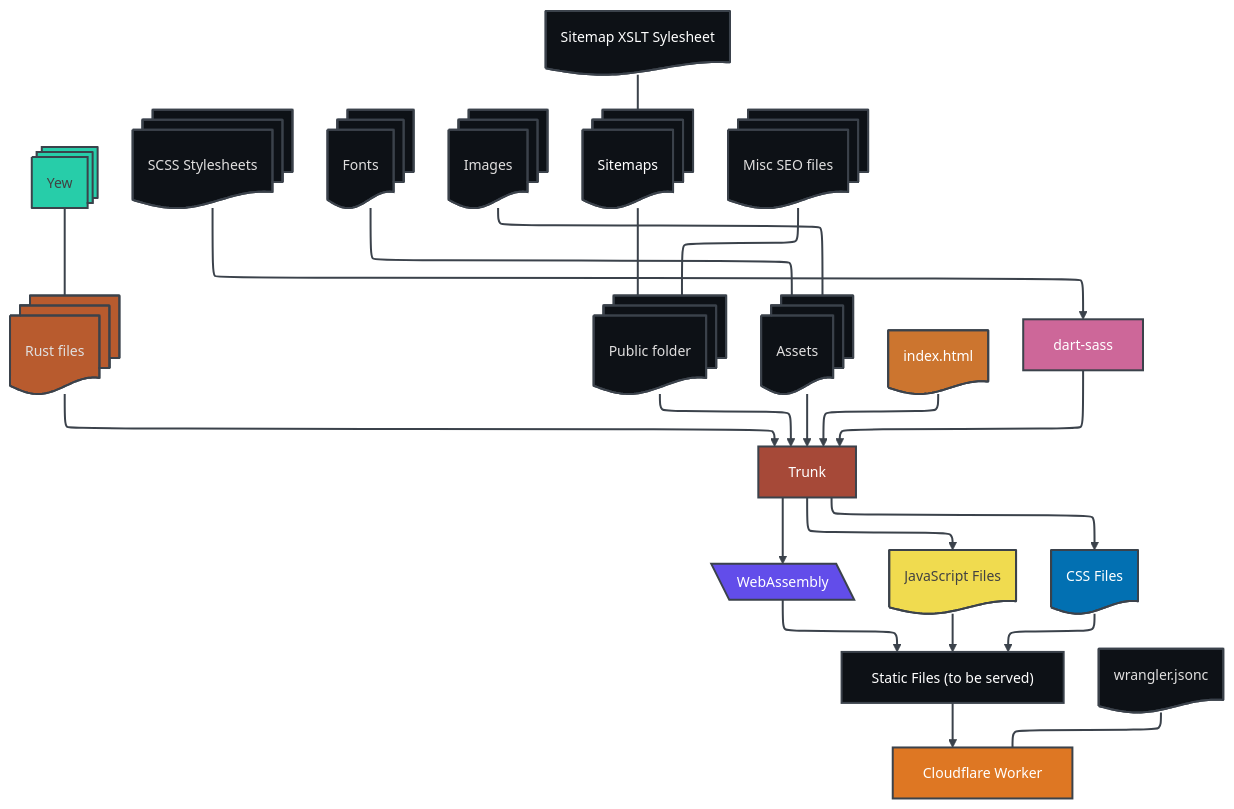
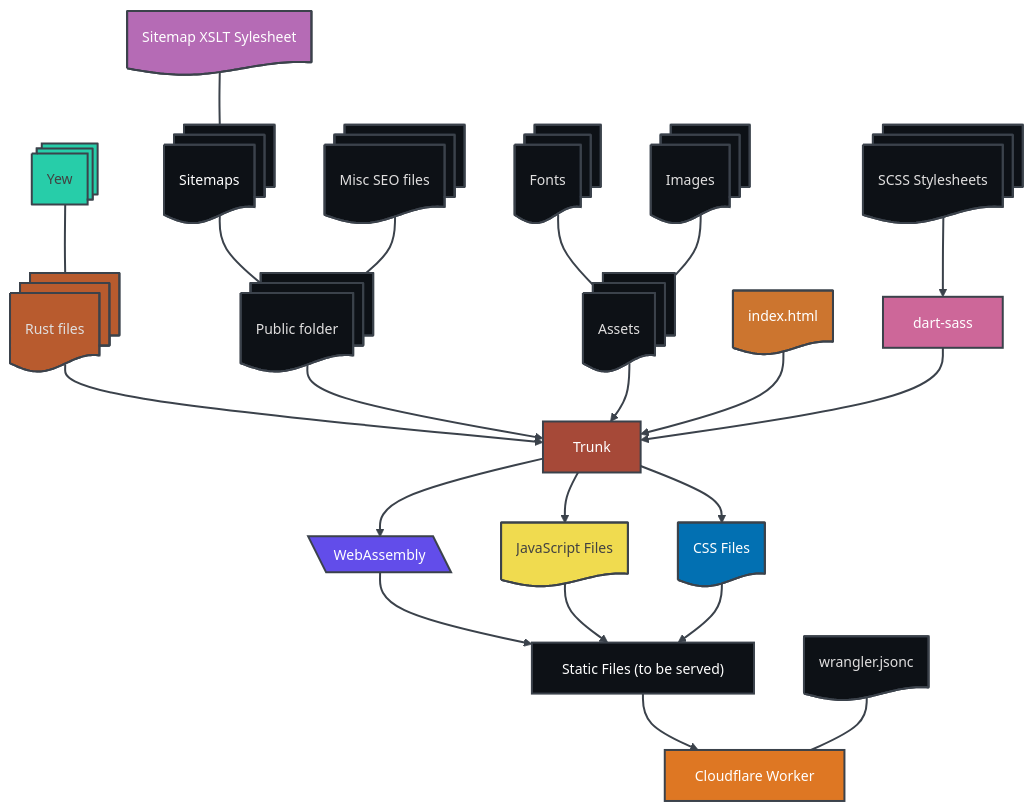
Before and after one commit to MysticalMike60t/rustismylife: the diagram in README.md, drawn with Mermaid.

```diff
--- a/README.md
+++ b/README.md
@@ -20,7 +20,8 @@
 config:
   flowchart:
     htmlLabels: false
-  layout: elk
+  layout: dagre
+  look: classic
   theme: redux-dark
 ---
 flowchart TB
@@ -43,49 +44,49 @@
     n20 --> n4
     n21["Sitemap XSLT Sylesheet"] --- n15
 
+    webassembly@{ shape: lean-l}
     n6@{ shape: procs}
     n11@{ shape: docs}
+    n7@{ shape: proc}
     n8@{ shape: docs}
     n10@{ shape: docs}
     n5@{ shape: doc}
+    n19@{ shape: doc}
+    n20@{ shape: doc}
     n9@{ shape: docs}
+    n14@{ shape: proc}
     n12@{ shape: docs}
     n13@{ shape: docs}
     n15@{ shape: docs}
     n16@{ shape: docs}
-    n21@{ shape: doc}
-    webassembly@{ shape: lean-l}
-    n7@{ shape: proc}
-    n19@{ shape: doc}
-    n20@{ shape: doc}
-    n14@{ shape: proc}
     n17@{ shape: proc}
     n18@{ shape: doc}
+    n21@{ shape: doc}
+     n19:::Basic
+     n20:::Basic
      n15:::Basic
      n21:::Basic
-     n19:::Basic
-     n20:::Basic
     classDef Aqua stroke-width:1px, stroke-dasharray:none, stroke:#3B424B, fill:#DEFFF8, color:#378E7A
     classDef Basic stroke:3B424B, fill:#0D1116, color:#FFFFFF
+    style webassembly fill:#624DEA,stroke:#3B424B,color:#FFFFFF
+    style n4 fill:#0D1116,stroke:#3B424B,color:#FFFFFF
     style n6 fill:#27CDA9,stroke:#3B424B,color:#424242
     style n11 fill:#B85B2E,stroke:#3B424B
+    style n7 stroke:#3B424B,fill:#A64938,color:#FFFFFF
     style n8 fill:#0D1116,stroke:#3B424B
     style n10 stroke:#3B424B,fill:#0D1116
     style n5 fill:#CC752F,stroke:#3B424B,color:#FFFFFF
+    style n19 fill:#F0DB4F,stroke:#3B424B,color:#424242
+    style n20 fill:#0270B2,stroke:#3B424B
     style n9 stroke:#3B424B,fill:#0D1116
+    style n14 stroke:#3B424B,fill:#CD6799,color:#FFFFFF
     style n12 stroke:#3B424B,fill:#0D1116
     style n13 stroke:#3B424B,fill:#0D1116
     style n15 fill:#0D1116,stroke:#3B424B
     style n16 fill:#0D1116,stroke:#3B424B
-    style n21 fill:#0D1116,stroke:#3B424B
-    style webassembly fill:#624DEA,stroke:#3B424B,color:#FFFFFF
-    style n4 fill:#0D1116,stroke:#3B424B,color:#FFFFFF
-    style n7 stroke:#3B424B,fill:#A64938,color:#FFFFFF
-    style n19 fill:#F0DB4F,stroke:#3B424B,color:#424242
-    style n20 fill:#0270B2,stroke:#3B424B
-    style n14 stroke:#3B424B,fill:#CD6799,color:#FFFFFF
     style n17 fill:#DE7723,stroke:#3B424B,color:#FFFFFF
     style n18 fill:#0D1116,stroke:#3B424B
+    style n21 fill:#B56BB5,stroke:#3B424B
     linkStyle 0 stroke:#3B424B,fill:none
     linkStyle 1 stroke:#3B424B,fill:none
     linkStyle 2 stroke:#3B424B,fill:none
```
